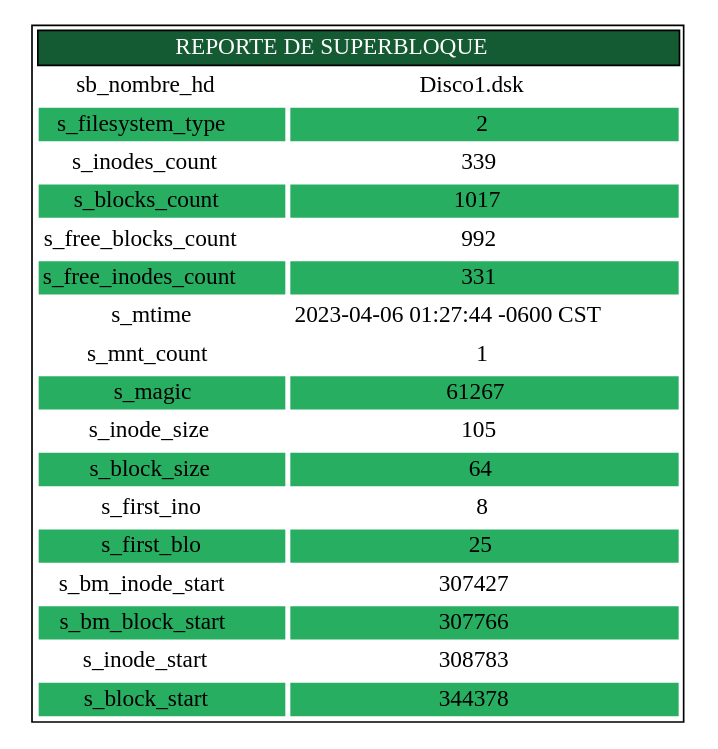
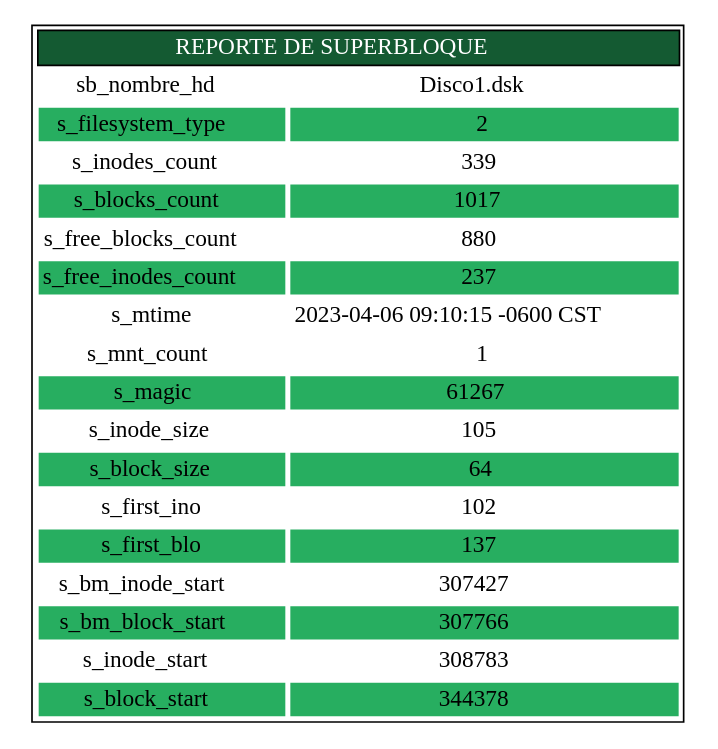
Before and after one commit to EstuardoSon/P2_MIA_202003894: the diagram in Backend/Reportes/DOTS/reporteSb.dot, drawn with Graphviz. The commit also changed 13 other files, not shown here.

```diff
--- a/Backend/Reportes/DOTS/reporteSb.dot
+++ b/Backend/Reportes/DOTS/reporteSb.dot
@@ -1,23 +1,23 @@
 digraph G {
 node[shape=none]
 start[label=<<table>
 <tr><td colspan="2" bgcolor="#145a32"><font color="white">REPORTE DE SUPERBLOQUE</font></td></tr>
 <tr><td color="white">sb_nombre_hd</td><td color="white">Disco1.dsk</td></tr>
 <tr><td bgcolor="#27ae60" color="white">s_filesystem_type</td><td bgcolor="#27ae60" color="white">2</td></tr>
 <tr><td color="white">s_inodes_count</td><td color="white">339</td></tr>
 <tr><td bgcolor="#27ae60" color="white">s_blocks_count</td><td bgcolor="#27ae60" color="white">1017</td></tr>
-<tr><td color="white">s_free_blocks_count</td><td color="white">992</td></tr>
-<tr><td bgcolor="#27ae60" color="white">s_free_inodes_count</td><td bgcolor="#27ae60" color="white">331</td></tr>
-<tr><td color="white">s_mtime</td><td color="white">2023-04-06 01:27:44 -0600 CST</td></tr>
+<tr><td color="white">s_free_blocks_count</td><td color="white">880</td></tr>
+<tr><td bgcolor="#27ae60" color="white">s_free_inodes_count</td><td bgcolor="#27ae60" color="white">237</td></tr>
+<tr><td color="white">s_mtime</td><td color="white">2023-04-06 09:10:15 -0600 CST</td></tr>
 <tr><td color="white">s_mnt_count</td><td color="white">1</td></tr>
 <tr><td bgcolor="#27ae60" color="white">s_magic</td><td bgcolor="#27ae60" color="white">61267</td></tr>
 <tr><td color="white">s_inode_size</td><td color="white">105</td></tr>
 <tr><td bgcolor="#27ae60" color="white">s_block_size</td><td bgcolor="#27ae60" color="white">64</td></tr>
-<tr><td color="white">s_first_ino</td><td color="white">8</td></tr>
-<tr><td bgcolor="#27ae60" color="white">s_first_blo</td><td bgcolor="#27ae60" color="white">25</td></tr>
+<tr><td color="white">s_first_ino</td><td color="white">102</td></tr>
+<tr><td bgcolor="#27ae60" color="white">s_first_blo</td><td bgcolor="#27ae60" color="white">137</td></tr>
 <tr><td color="white">s_bm_inode_start</td><td color="white">307427</td></tr>
 <tr><td bgcolor="#27ae60" color="white">s_bm_block_start</td><td bgcolor="#27ae60" color="white">307766</td></tr>
 <tr><td color="white">s_inode_start</td><td color="white">308783</td></tr>
 <tr><td bgcolor="#27ae60" color="white">s_block_start</td><td bgcolor="#27ae60" color="white">344378</td></tr>
 </table>>];
 }
```
